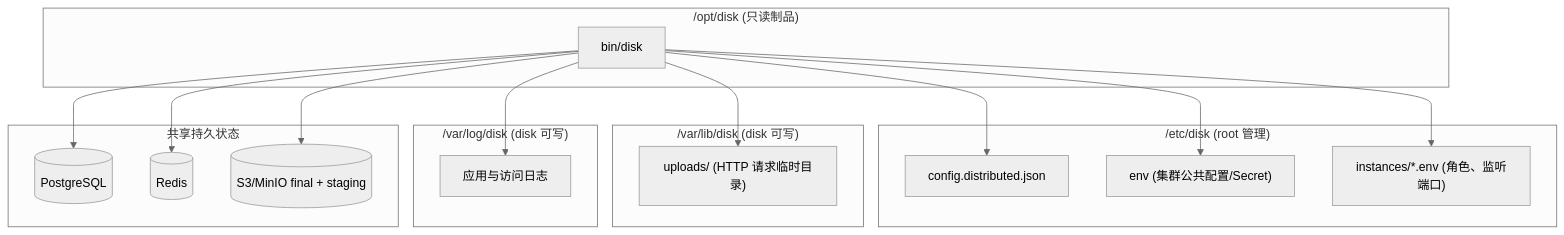
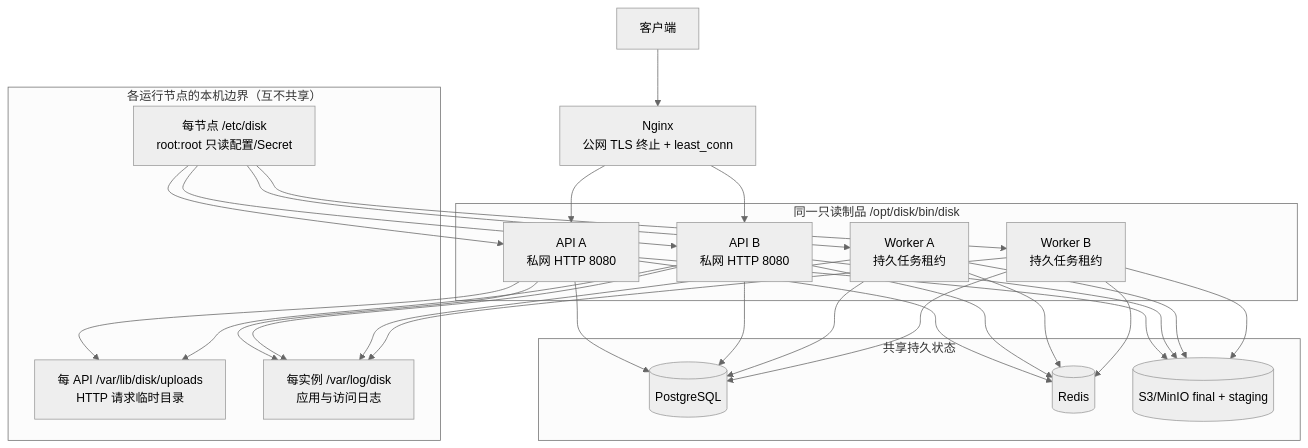
Before and after one commit to yizhinailong/disk: the second of 2 diagrams in docs/design/05-部署运维指南.md, drawn with Mermaid (neutral theme). The commit also changed other lines of this file and 3 other files, not shown here.

````diff
--- a/docs/design/05-部署运维指南.md
+++ b/docs/design/05-部署运维指南.md
@@ -1434,35 +1398,49 @@
 ```mermaid
 flowchart TD
-    subgraph opt["/opt/disk (只读制品)"]
-        exe["bin/disk"]
+    client["客户端"] --> ingress["Nginx<br/>公网 TLS 终止 + least_conn"]
+
+    subgraph runtime["同一只读制品 /opt/disk/bin/disk"]
+        api_a["API A<br/>私网 HTTP 8080"]
+        api_b["API B<br/>私网 HTTP 8080"]
+        worker_a["Worker A<br/>持久任务租约"]
+        worker_b["Worker B<br/>持久任务租约"]
     end
 
-    subgraph etc["/etc/disk (root 管理)"]
-        cfg["config.distributed.json"]
-        common["env (集群公共配置/Secret)"]
-        instances["instances/*.env (角色、监听端口)"]
-    end
+    ingress --> api_a
+    ingress --> api_b
 
-    subgraph state["/var/lib/disk (disk 可写)"]
-        request_spool["uploads/ (HTTP 请求临时目录)"]
-    end
-
-    subgraph logs["/var/log/disk (disk 可写)"]
-        app_logs["应用与访问日志"]
+    subgraph local["各运行节点的本机边界（互不共享）"]
+        cfg["每节点 /etc/disk<br/>root:root 只读配置/Secret"]
+        request_spool["每 API /var/lib/disk/uploads<br/>HTTP 请求临时目录"]
+        app_logs["每实例 /var/log/disk<br/>应用与访问日志"]
     end
 
     subgraph shared["共享持久状态"]
         postgres[("PostgreSQL")]
         redis[("Redis")]
         s3[("S3/MinIO final + staging")]
     end
 
-    exe --> cfg
-    exe --> common
-    exe --> instances
-    exe --> request_spool
-    exe --> app_logs
-    exe --> postgres
-    exe --> redis
-    exe --> s3
+    cfg --> api_a
+    cfg --> api_b
+    cfg --> worker_a
+    cfg --> worker_b
+    api_a --> request_spool
+    api_b --> request_spool
+    api_a --> app_logs
+    api_b --> app_logs
+    worker_a --> app_logs
+    worker_b --> app_logs
+    api_a --> postgres
+    api_b --> postgres
+    worker_a --> postgres
+    worker_b --> postgres
+    api_a --> redis
+    api_b --> redis
+    worker_a --> redis
+    worker_b --> redis
+    api_a --> s3
+    api_b --> s3
+    worker_a --> s3
+    worker_b --> s3
 ```
````
